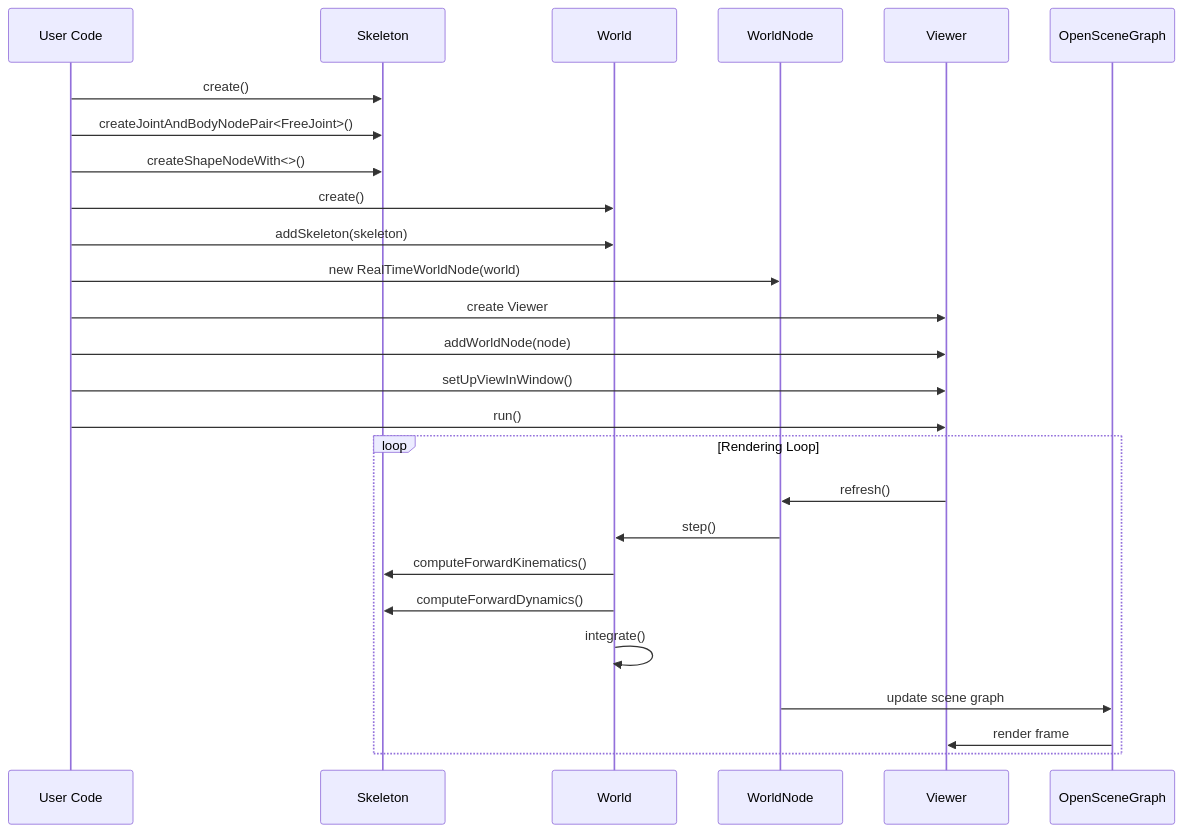
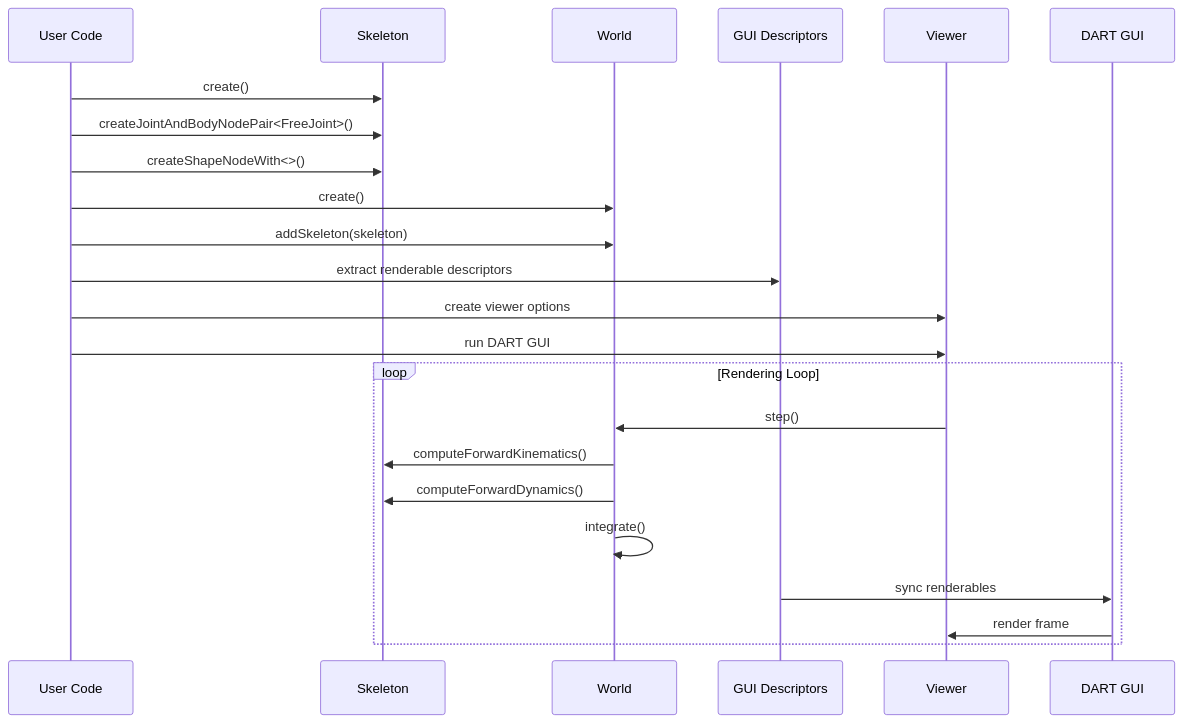
One commit to dartsim/dart changed the second of 7 diagrams in docs/onboarding/README.md. Above: the diagram before and after it, drawn with Mermaid. The commit also changed other lines of this file and 560 other files, not shown here.

````diff
--- a/docs/onboarding/README.md
+++ b/docs/onboarding/README.md
@@ -661,30 +515,27 @@
 ```mermaid
 sequenceDiagram
     participant User as User Code
     participant Skeleton as Skeleton
     participant World as World
-    participant WorldNode as WorldNode
+    participant Descriptors as GUI Descriptors
     participant Viewer as Viewer
-    participant OSG as OpenSceneGraph
+    participant GUI as DART GUI
 
     User->>Skeleton: create()
     User->>Skeleton: createJointAndBodyNodePair<FreeJoint>()
     User->>Skeleton: createShapeNodeWith<>()
     User->>World: create()
     User->>World: addSkeleton(skeleton)
-    User->>WorldNode: new RealTimeWorldNode(world)
-    User->>Viewer: create Viewer
-    User->>Viewer: addWorldNode(node)
-    User->>Viewer: setUpViewInWindow()
-    User->>Viewer: run()
+    User->>Descriptors: extract renderable descriptors
+    User->>Viewer: create viewer options
+    User->>Viewer: run DART GUI
 
     loop Rendering Loop
-        Viewer->>WorldNode: refresh()
-        WorldNode->>World: step()
+        Viewer->>World: step()
         World->>Skeleton: computeForwardKinematics()
         World->>Skeleton: computeForwardDynamics()
         World->>World: integrate()
-        WorldNode->>OSG: update scene graph
-        OSG->>Viewer: render frame
+        Descriptors->>GUI: sync renderables
+        GUI->>Viewer: render frame
     end
 ```
````
